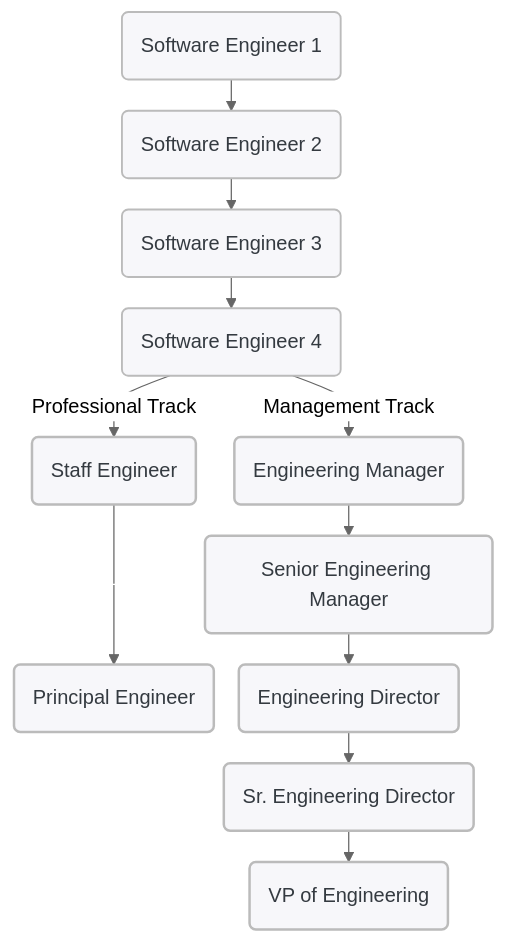
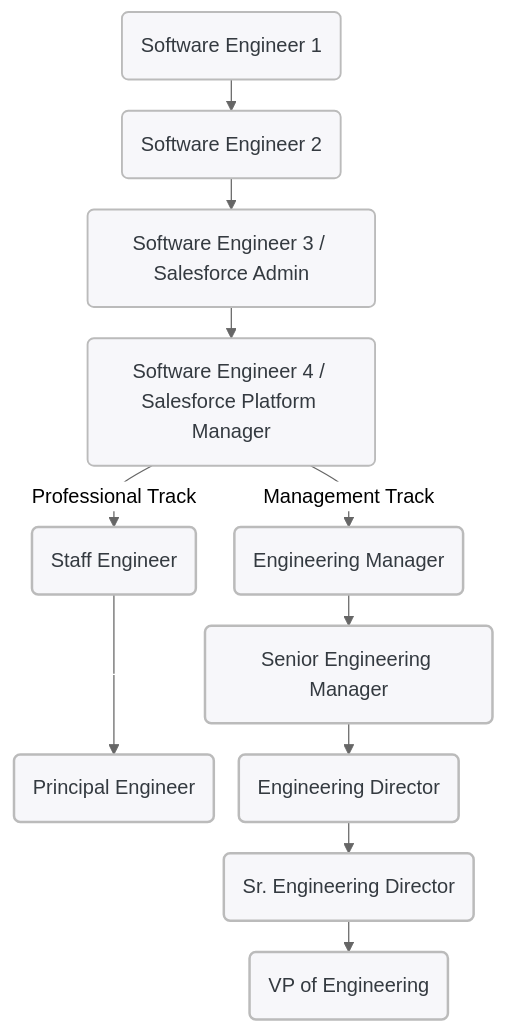
One commit to invitation-homes/career-progression-framework changed the diagram in index.md. Above: the diagram before and after it, drawn with Mermaid.

Commit message:
docs: includes sf roles in diagram

```diff
--- a/index.md
+++ b/index.md
@@ -23,61 +23,61 @@
 <div class="mermaid" style="text-align: center;">
 ---
 config:
   theme: neutral
   flowchart:
     curve: monotoneY
     nodeSpacing: 20
     rankSpacing: 25
   layout: fixed
 ---
 flowchart TD
     SE1["Software Engineer 1"] --> SE2["Software Engineer 2"]
-    SE2 --> SE3["Software Engineer 3"]
-    SE3 --> SE4["Software Engineer 4"]
+    SE2 --> SE3["Software Engineer 3 / Salesforce Admin"]
+    SE3 --> SE4["Software Engineer 4 / Salesforce Platform Manager"]
     SE4 -- Professional Track --> Staff["Staff Engineer"]
     SE4 -- Management Track --> EM["Engineering Manager"]
     Staff --- Dummy[ ]
     Dummy --> Principal["Principal Engineer"]
     EM --> SEM["Senior Engineering Manager"]
     SEM --> ED["Engineering Director"]
     ED --> SED["Sr. Engineering Director"]
     SED --> VP["VP of Engineering"]
     SE1@{ shape: rounded}
     SE2@{ shape: rounded}
     SE3@{ shape: rounded}
     SE4@{ shape: rounded}
     Staff@{ shape: rounded}
     EM@{ shape: rounded}
     SEM@{ shape: rounded}
     Principal@{ shape: rounded}
     ED@{ shape: rounded}
     SED@{ shape: rounded}
     VP@{ shape: rounded}
      SE1:::normNode
      SE2:::normNode
      SE3:::normNode
      SE4:::normNode
      Staff:::eng
      EM:::mgr
      SEM:::mgr
      Principal:::eng
      ED:::mgr
      SED:::exec
      VP:::exec
      Dummy:::dummy
     classDef eng fill:#f7f7fa,stroke:#bbb,stroke-width:2px,color:#343a40
     classDef mgr fill:#f7f7fa,stroke:#bbb,stroke-width:2px,color:#343a40
     classDef exec fill:#f7f7fa,stroke:#bbb,stroke-width:2px,color:#343a40
     classDef normNode fill:#f7f7fa,stroke:#bbb,stroke-width:1.5px,color:#343a40
     classDef dummy style X width:1px,height:1px,fill:transparent,stroke:transparent 
     click SE1 "./software_engineer_I" _blank
     click SE2 "./software_engineer_II" _blank
     click SE3 "./software_engineer_III" _blank
     click SE4 "./software_engineer_IV" _blank
     click Staff "./staff_engineer" _blank
     click Principal "./principal_engineer" _blank
     click EM "./engineering_manager" _blank
     click SEM "./senior_engineering_manager" _blank
     click ED "./director_of_engineering" _blank
 
 </div>
```
